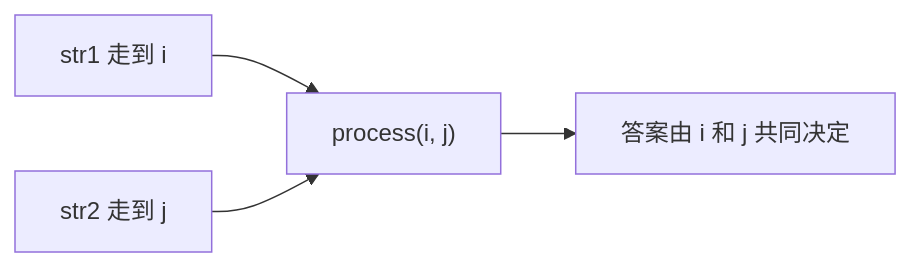
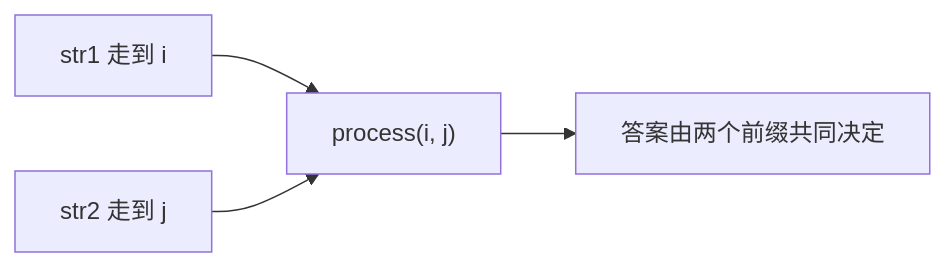
The first of 3 diagrams in my-notes/01-基础巩固/13-暴力递归到动态规划2-尝试模型/14-尝试模型3-多样本位置对应-最长公共子序列.md (freeedoooooo/algs), drawn with Mermaid before and after one commit. The commit also changed other lines of this file and 3 other files, not shown here.

````diff
--- a/my-notes/01-基础巩固/13-暴力递归到动态规划2-尝试模型/14-尝试模型3-多样本位置对应-最长公共子序列.md
+++ b/my-notes/01-基础巩固/13-暴力递归到动态规划2-尝试模型/14-尝试模型3-多样本位置对应-最长公共子序列.md
@@ -53,6 +46,6 @@
 ```mermaid
 graph LR
     A["str1 走到 i"] --> C["process(i, j)"]
     B["str2 走到 j"] --> C
-    C --> D["答案由 i 和 j 共同决定"]
+    C --> D["答案由两个前缀共同决定"]
 ```
````
